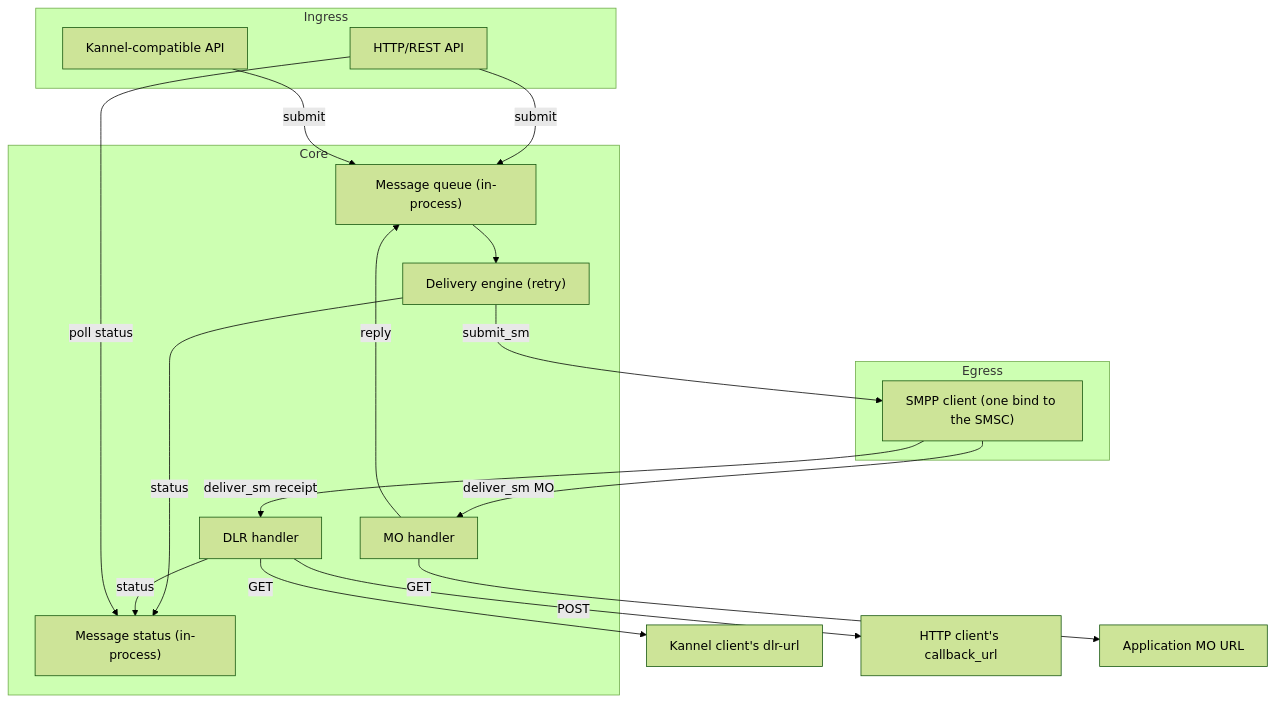
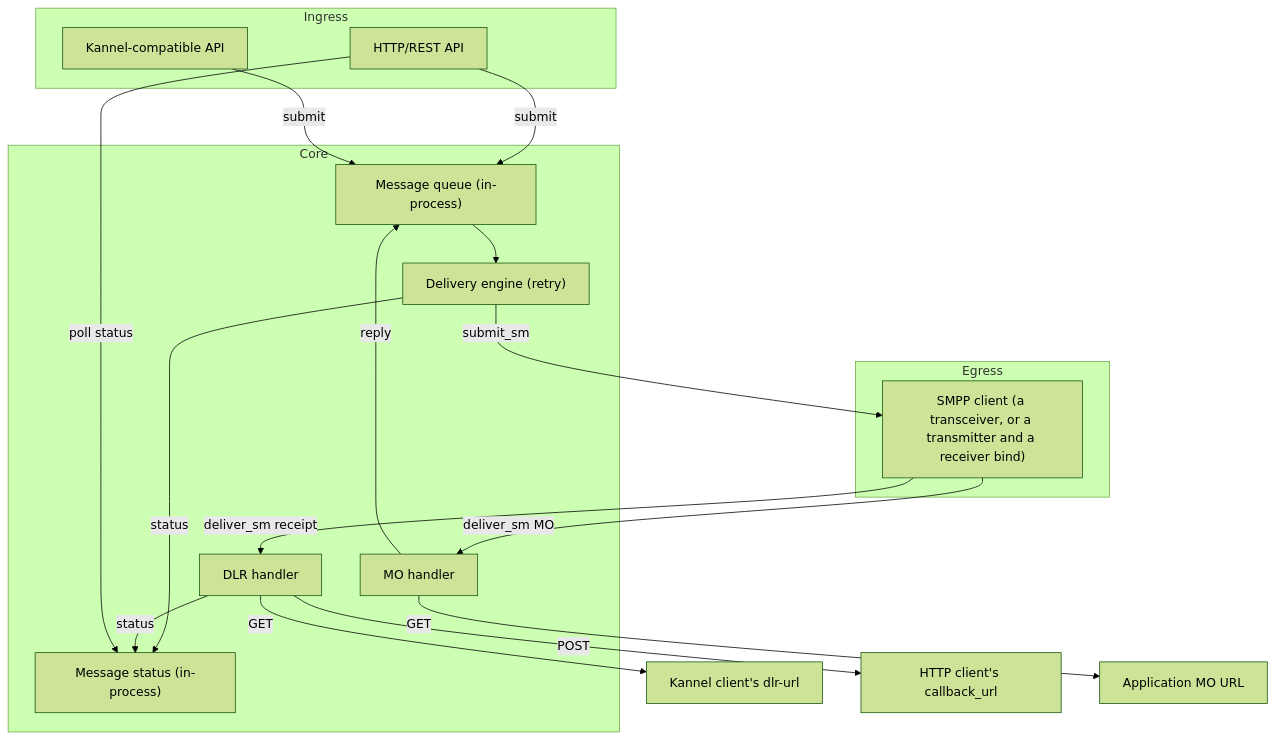
The diagram in docs/user-manual/introduction.adoc (codcod/porth), drawn with Mermaid (forest theme) before and after one commit. The commit also changed other lines of this file and 13 other files, not shown here.

First line of the commit message:
feat(smpp): bind as separate transmitter and receiver when transceiver = false (POR-023)

```diff
--- a/docs/user-manual/introduction.adoc
+++ b/docs/user-manual/introduction.adoc
@@ -36,34 +37,34 @@
 [mermaid]
 ....
 flowchart TB
     subgraph Ingress
         HTTP_API["HTTP/REST API"]
         Kannel_API["Kannel-compatible API"]
     end
     subgraph Core
         Queue["Message queue (in-process)"]
         Delivery["Delivery engine (retry)"]
         Store["Message status (in-process)"]
         DLR["DLR handler"]
         MO["MO handler"]
     end
     subgraph Egress
-        SMPP_Client["SMPP client (one bind to the SMSC)"]
+        SMPP_Client["SMPP client (a transceiver, or a transmitter and a receiver bind)"]
     end
     KannelTarget["Kannel client's dlr-url"]
     RestTarget["HTTP client's callback_url"]
     Application["Application MO URL"]
     HTTP_API -->|submit| Queue
     Kannel_API -->|submit| Queue
     Queue --> Delivery
     Delivery -->|submit_sm| SMPP_Client
     Delivery -->|status| Store
     SMPP_Client -->|deliver_sm receipt| DLR
     DLR -->|status| Store
     DLR -->|GET| KannelTarget
     DLR -->|POST| RestTarget
     SMPP_Client -->|deliver_sm MO| MO
     MO -->|GET| Application
     MO -->|reply| Queue
     HTTP_API -->|poll status| Store
 ....
```
